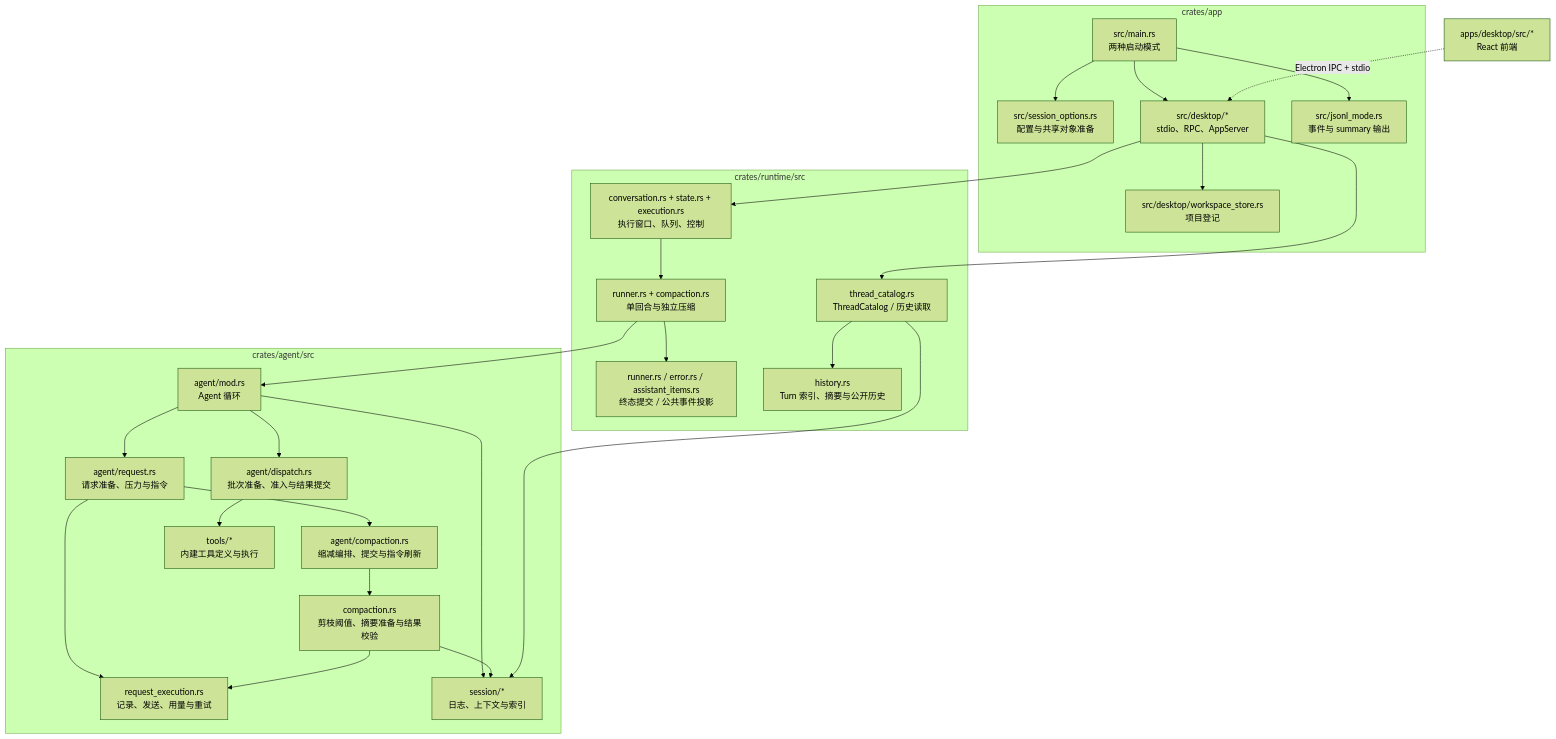
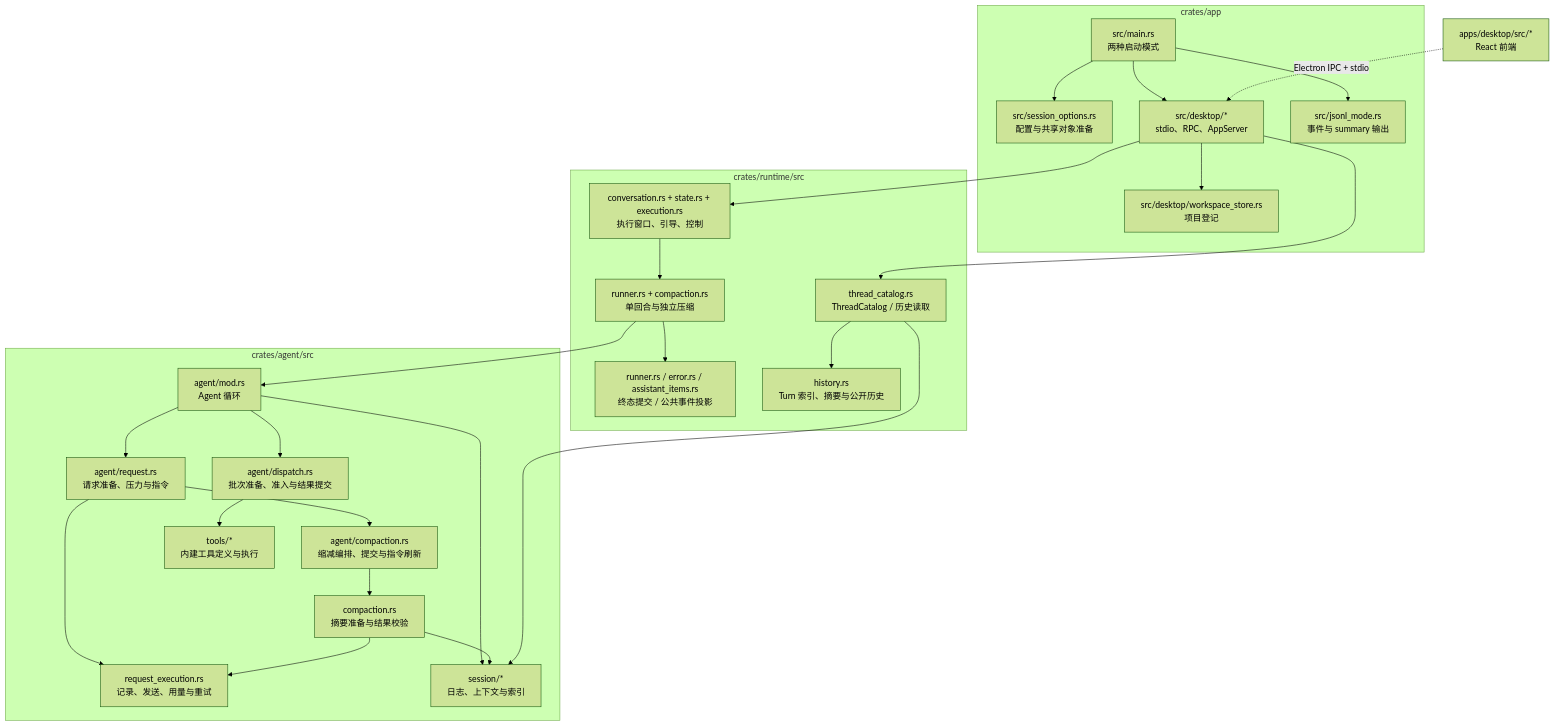
The third of 28 diagrams in docs/architecture.md (qjcnmd/singularity-agent), drawn with Mermaid (forest theme) before and after one commit. The commit also changed other lines of this file and 38 other files, not shown here.

````diff
--- a/docs/architecture.md
+++ b/docs/architecture.md
@@ -76,31 +76,31 @@
 ```mermaid
 flowchart TB
     subgraph AppSource["crates/app"]
         Main["src/main.rs<br/>两种启动模式"] --> Setup["src/session_options.rs<br/>配置与共享对象准备"]
         Main --> DesktopHost["src/desktop/*<br/>stdio、RPC、AppServer"]
         Main --> JSONL["src/jsonl_mode.rs<br/>事件与 summary 输出"]
         WS["src/desktop/workspace_store.rs<br/>项目登记"]
     end
     Front["apps/desktop/src/*<br/>React 前端"] -. "Electron IPC + stdio" .-> DesktopHost
     subgraph RuntimeSource["crates/runtime/src"]
-        Conv["conversation.rs + state.rs + execution.rs<br/>执行窗口、队列、控制"] --> Run["runner.rs + compaction.rs<br/>单回合与独立压缩"]
+        Conv["conversation.rs + state.rs + execution.rs<br/>执行窗口、引导、控制"] --> Run["runner.rs + compaction.rs<br/>单回合与独立压缩"]
         Run --> Terminal["runner.rs / error.rs / assistant_items.rs<br/>终态提交 / 公共事件投影"]
         Catalog["thread_catalog.rs<br/>ThreadCatalog / 历史读取"] --> History["history.rs<br/>Turn 索引、摘要与公开历史"]
     end
     subgraph AgentSource["crates/agent/src"]
         Loop["agent/mod.rs<br/>Agent 循环"] --> Requests["agent/request.rs<br/>请求准备、压力与指令"]
         Requests --> Reduction["agent/compaction.rs<br/>缩减编排、提交与指令刷新"]
         Loop --> Dispatch["agent/dispatch.rs<br/>批次准备、准入与结果提交"]
         Dispatch --> Tool["tools/*<br/>内建工具定义与执行"]
-        Reduction --> Compact["compaction.rs<br/>剪枝阈值、摘要准备与结果校验"]
+        Reduction --> Compact["compaction.rs<br/>摘要准备与结果校验"]
         Requests --> Execute["request_execution.rs<br/>记录、发送、用量与重试"]
         Compact --> Execute
         Loop --> Sessions["session/*<br/>日志、上下文与索引"]
         Compact --> Sessions
     end
     DesktopHost --> Conv
     DesktopHost --> Catalog
     DesktopHost --> WS
     Run --> Loop
     Catalog --> Sessions
 ```
````
